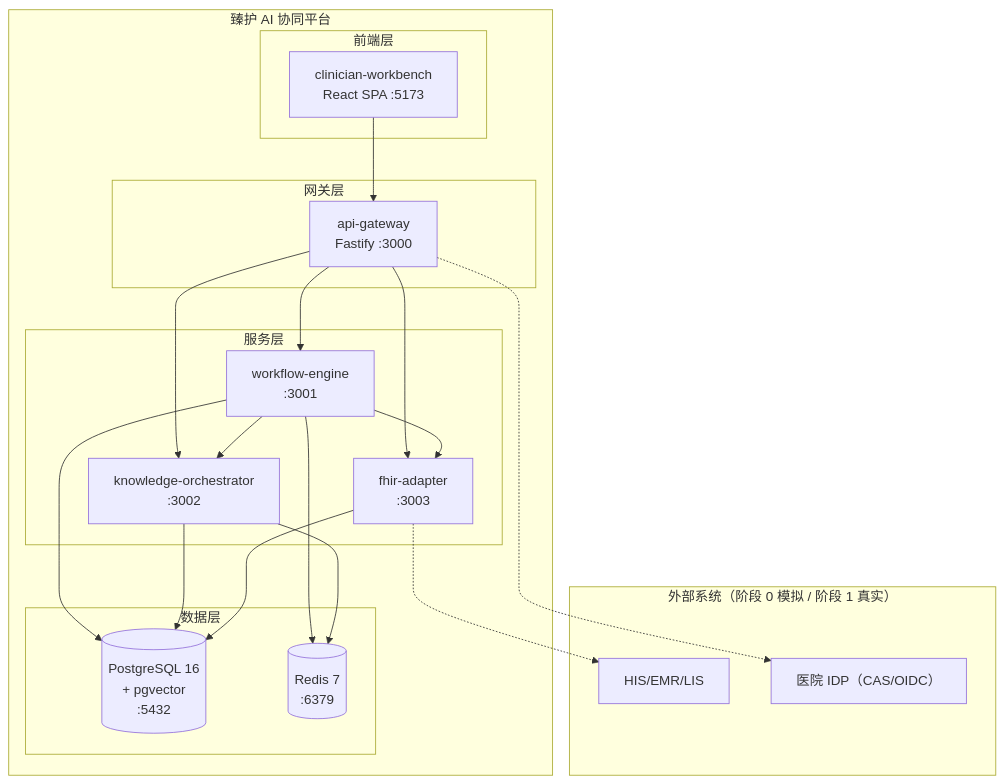
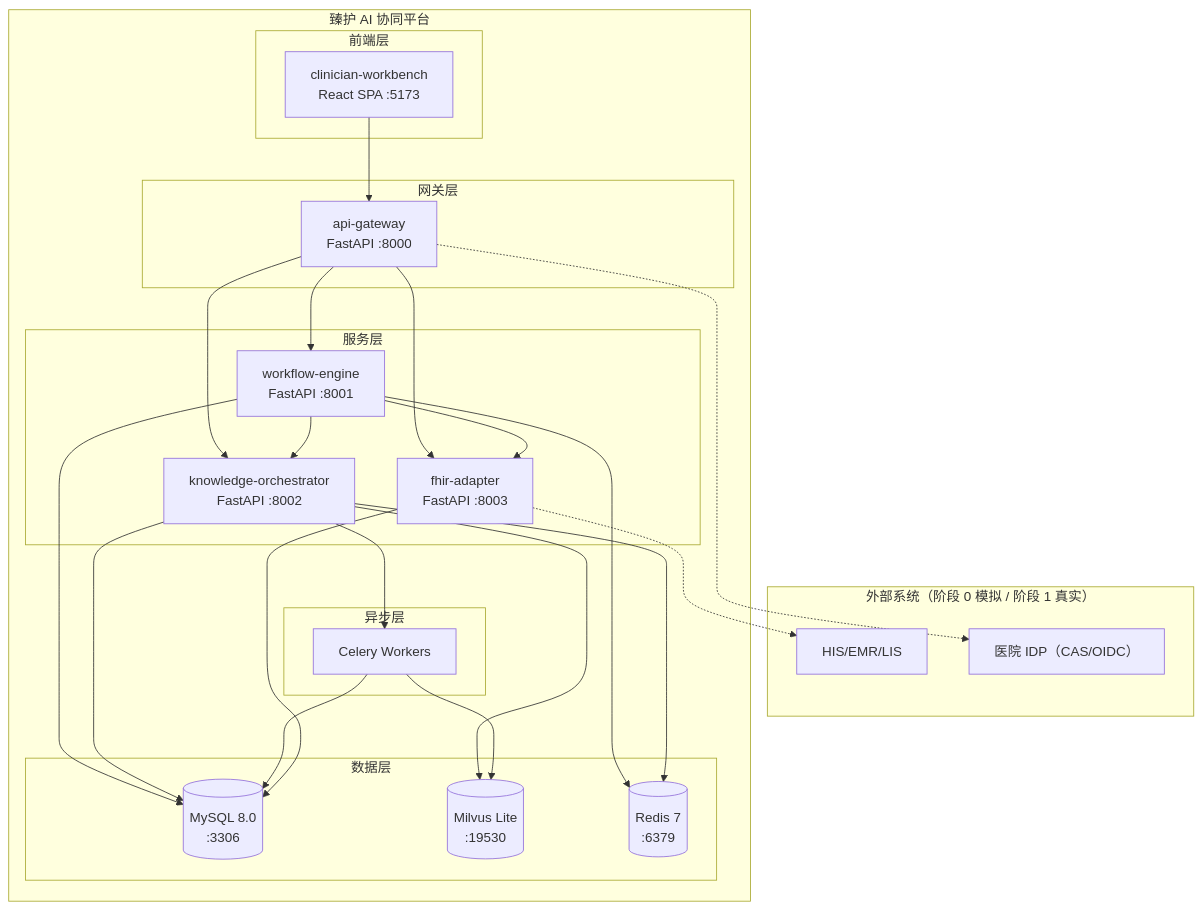
Before and after one commit to liangyiliu96-cmyk/zhenhu-care-handoff: the diagram in docs/architecture/deployment-topology.mermaid, drawn with Mermaid. The commit also changed 4 other files, not shown here.

First line of the commit message:
refactor(arch): 架构总览 v0.2 — FastAPI+MySQL/Milvus+前端完整方案

```diff
--- a/docs/architecture/deployment-topology.mermaid
+++ b/docs/architecture/deployment-topology.mermaid
@@ -1,40 +1,42 @@
 flowchart TB
   subgraph external["外部系统（阶段 0 模拟 / 阶段 1 真实）"]
     his["HIS/EMR/LIS"]
     idp["医院 IDP（CAS/OIDC）"]
   end
 
   subgraph zhenhu["臻护 AI 协同平台"]
     subgraph frontend["前端层"]
       wb["clinician-workbench\nReact SPA :5173"]
     end
 
     subgraph gateway["网关层"]
-      gw["api-gateway\nFastify :3000"]
+      gw["api-gateway\nFastAPI :8000"]
     end
 
     subgraph services["服务层"]
-      we["workflow-engine\n:3001"]
-      ko["knowledge-orchestrator\n:3002"]
-      fa["fhir-adapter\n:3003"]
+      we["workflow-engine\nFastAPI :8001"]
+      ko["knowledge-orchestrator\nFastAPI :8002"]
+      fa["fhir-adapter\nFastAPI :8003"]
     end
 
     subgraph data["数据层"]
-      pg[("PostgreSQL 16\n+ pgvector\n:5432")]
+      mysql[("MySQL 8.0\n:3306")]
+      milvus[("Milvus Lite\n:19530")]
       redis[("Redis 7\n:6379")]
+    end
+
+    subgraph async["异步层"]
+      celery["Celery Workers"]
     end
   end
 
   wb --> gw
-  gw --> we
-  gw --> ko
-  gw --> fa
-  we --> ko
-  we --> fa
-  we --> pg
-  we --> redis
-  ko --> pg
-  ko --> redis
-  fa --> pg
+  gw --> we & ko & fa
+  we --> ko & fa
+  we --> mysql & redis
+  ko --> mysql & milvus & redis
+  ko --> celery
+  celery --> mysql & milvus
+  fa --> mysql
   fa -.-> his
   gw -.-> idp
```
